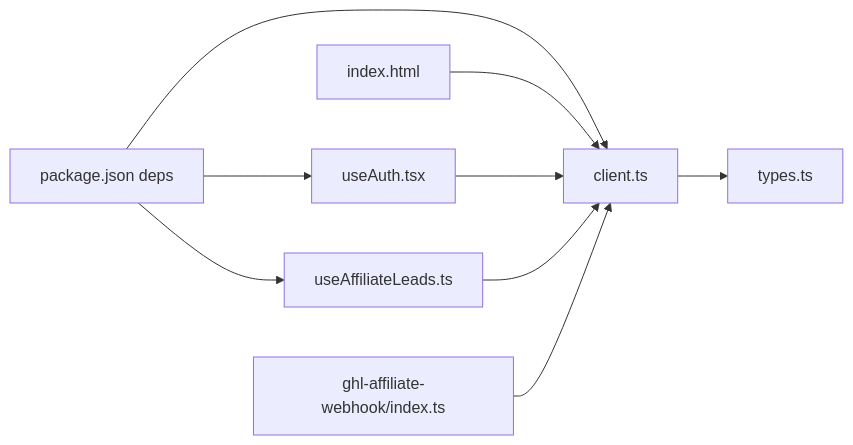
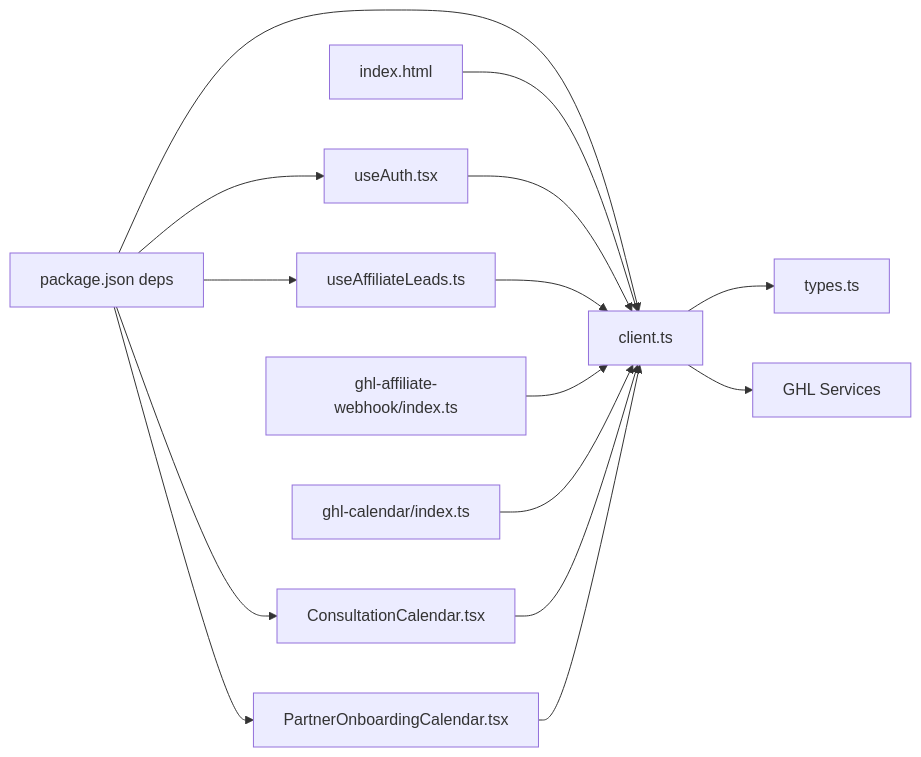
The eighth of 8 diagrams in .qoder/repowiki/en/content/Data Layer & Supabase Integration.md (Hawky1/ryland), drawn with Mermaid before and after one commit. The commit also changed other lines of this file and 4 other files, not shown here.

````diff
--- a/.qoder/repowiki/en/content/Data Layer & Supabase Integration.md
+++ b/.qoder/repowiki/en/content/Data Layer & Supabase Integration.md
@@ -405,18 +501,28 @@
 ```mermaid
 graph LR
 Package["package.json deps"]
 Client["client.ts"]
 Types["types.ts"]
 Auth["useAuth.tsx"]
 Leads["useAffiliateLeads.ts"]
 Func["ghl-affiliate-webhook/index.ts"]
+CalFunc["ghl-calendar/index.ts"]
+ConsultCal["ConsultationCalendar.tsx"]
+PartnerCal["PartnerOnboardingCalendar.tsx"]
 HTML["index.html"]
+GHL["GHL Services"]
 Package --> Client
 Package --> Auth
 Package --> Leads
+Package --> ConsultCal
+Package --> PartnerCal
 HTML --> Client
 Client --> Types
 Auth --> Client
 Leads --> Client
 Func --> Client
+CalFunc --> Client
+ConsultCal --> Client
+PartnerCal --> Client
+Client --> GHL
 ```
````
